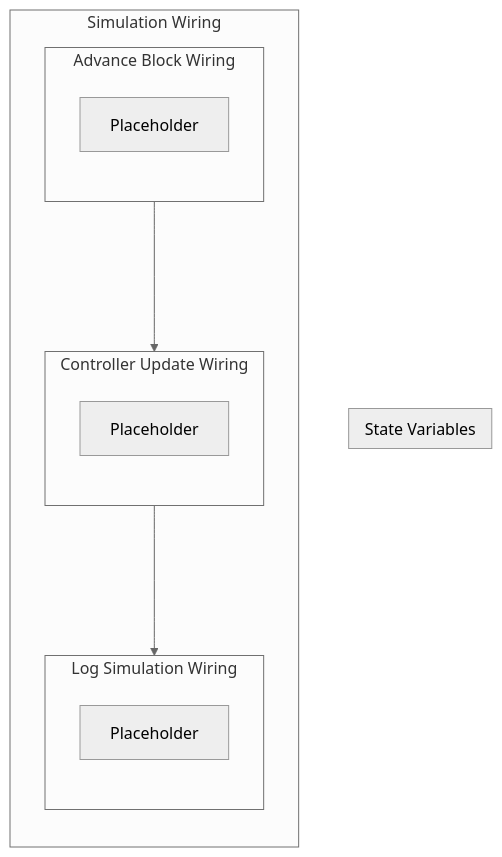
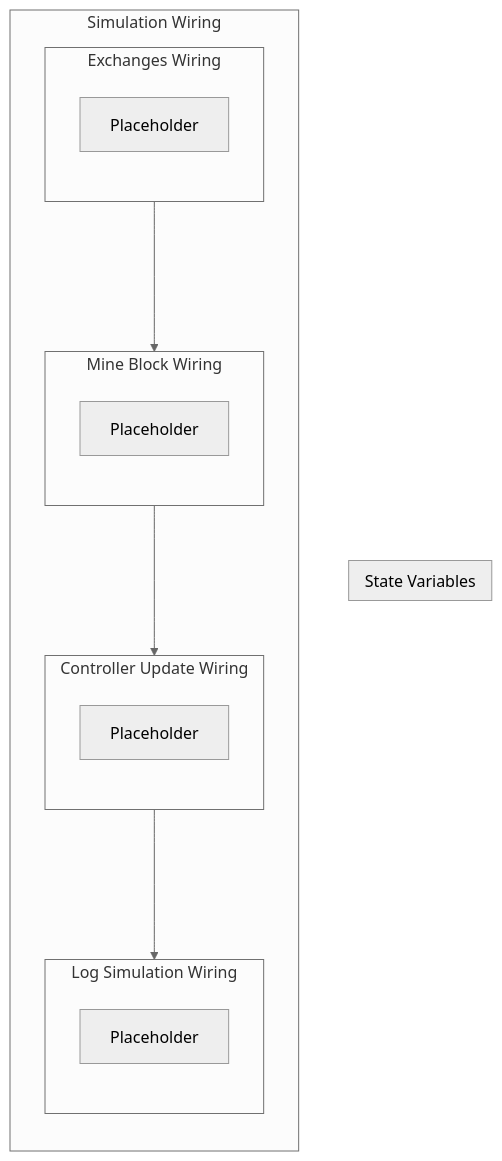
Before and after one commit to dominant-strategies/Quai-Macro-Model: the diagram in Research/MSML Scaffold/Wiring/Simulation Wiring.md, drawn with Mermaid (neutral theme). The commit also changed other lines of this file and 14 other files, not shown here.

````diff
--- a/Research/MSML Scaffold/Wiring/Simulation Wiring.md
+++ b/Research/MSML Scaffold/Wiring/Simulation Wiring.md
@@ -3,24 +3,29 @@
 ```mermaid
 graph TB
 
 subgraph SVS["State Variables"]
 end
 
-subgraph X7["Simulation Wiring"]
+subgraph X9["Simulation Wiring"]
 direction TB
-subgraph X2["Advance Block Wiring"]
+subgraph X2["Exchanges Wiring"]
 direction TB
 X1["Placeholder"]
 end
-subgraph X4["Controller Update Wiring"]
+subgraph X4["Mine Block Wiring"]
 direction TB
 X3["Placeholder"]
 end
-subgraph X6["Log Simulation Wiring"]
+subgraph X6["Controller Update Wiring"]
 direction TB
 X5["Placeholder"]
 end
+subgraph X8["Log Simulation Wiring"]
+direction TB
+X7["Placeholder"]
+end
 X2--->X4
 X4--->X6
+X6--->X8
 end
 ```
````
